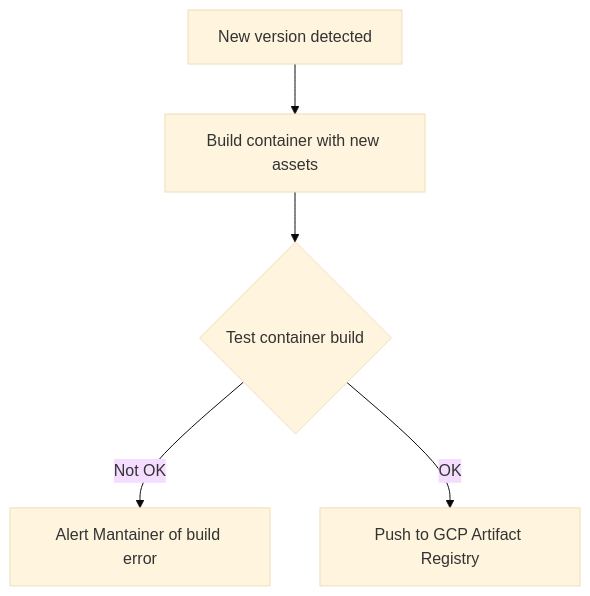
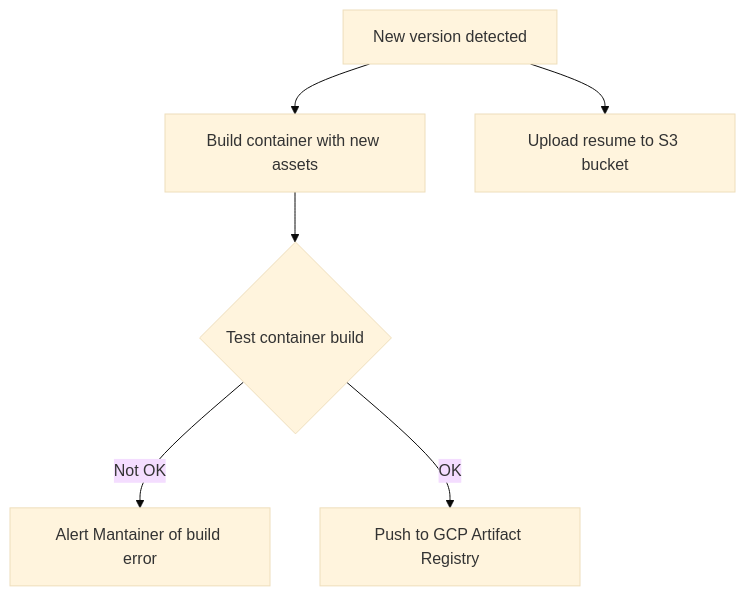
One commit to vsanavia/CloudChallenge changed the diagram in .github/workflows/README.md. Above: the diagram before and after it, drawn with Mermaid (base theme).

Commit message:
Added GitHub actions README.md

````diff
--- a/.github/workflows/README.md
+++ b/.github/workflows/README.md
@@ -2,7 +2,8 @@
 ```mermaid
 graph TD;
     A[New version detected]-->B[Build container with new assets];
+    A[New version detected]-->F[Upload resume to S3 bucket];
     B[Build container with new assets]-->D{Test container build};
     D{Test container build}-->|Not OK|C[Alert Mantainer of build error];
     D{Test container build}-->|OK|E[Push to GCP Artifact Registry];
 ```
````
